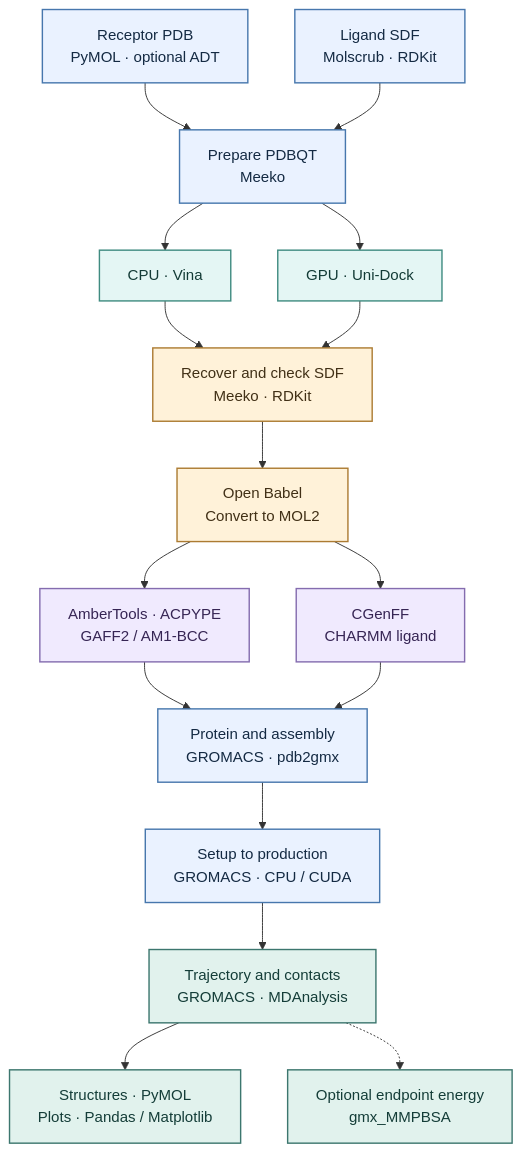
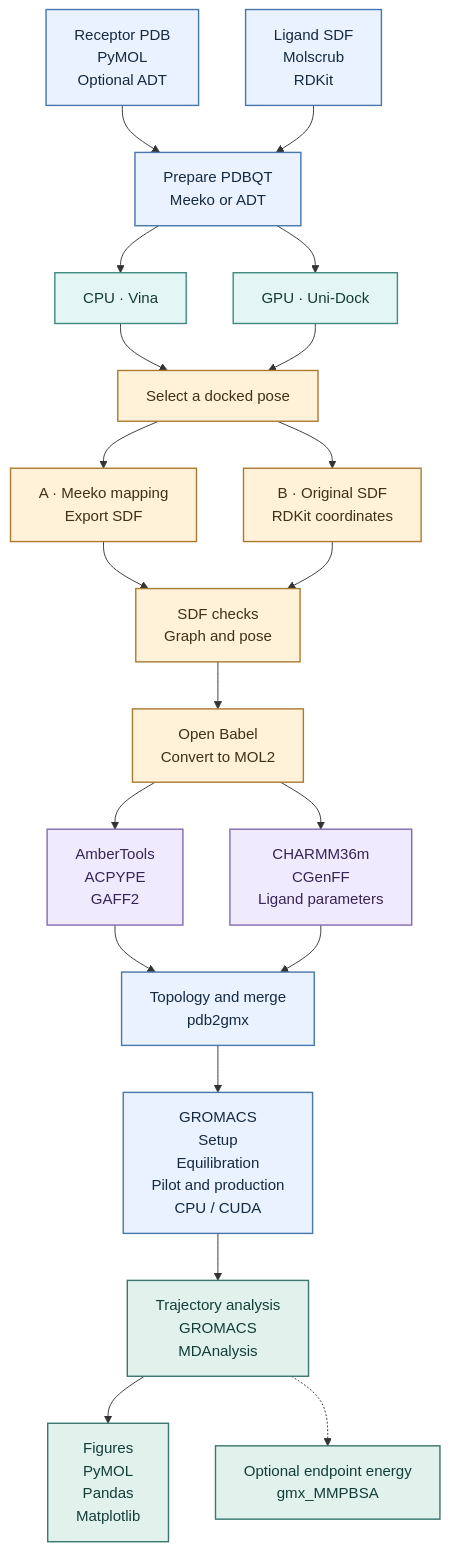
One commit to LuciferBioLab/docking-gromacs-tutorial changed the second of 6 diagrams in README.md. Above: the diagram before and after it, drawn with Mermaid. The commit also changed other lines of this file, not shown here.

Commit message:
Restore both chemistry-preserving docking-to-MD routes

````diff
--- a/README.md
+++ b/README.md
@@ -83,50 +98,66 @@
 ```mermaid
 flowchart TD
     protein["`Receptor PDB
-PyMOL · optional ADT`"]
+PyMOL
+Optional ADT`"]
     ligand["`Ligand SDF
-Molscrub · RDKit`"]
+Molscrub
+RDKit`"]
     prep["`Prepare PDBQT
-Meeko`"]
+Meeko or ADT`"]
     cpu["CPU · Vina"]
     cuda["GPU · Uni‑Dock"]
-    restore["`Recover and check SDF
-Meeko · RDKit`"]
+    restore["Select a docked pose"]
+    mapped["`A · Meeko mapping
+Export SDF`"]
+    legacy["`B · Original SDF
+RDKit coordinates`"]
+    verified["`SDF checks
+Graph and pose`"]
     mol2["`Open Babel
 Convert to MOL2`"]
-    amber["`AmberTools · ACPYPE
-GAFF2 / AM1-BCC`"]
-    charmm["`CGenFF
-CHARMM ligand`"]
-    assemble["`Protein and assembly
-GROMACS · pdb2gmx`"]
-    simulate["`Setup to production
-GROMACS · CPU / CUDA`"]
-    trajectory["`Trajectory and contacts
-GROMACS · MDAnalysis`"]
+    amber["`AmberTools
+ACPYPE
+GAFF2`"]
+    charmm["`CHARMM36m
+CGenFF
+Ligand parameters`"]
+    assemble["`Topology and merge
+pdb2gmx`"]
+    simulate["`GROMACS
+Setup
+Equilibration
+Pilot and production
+CPU / CUDA`"]
+    trajectory["`Trajectory analysis
+GROMACS
+MDAnalysis`"]
     energy["`Optional endpoint energy
 gmx_MMPBSA`"]
-    figures["`Structures · PyMOL
-Plots · Pandas / Matplotlib`"]
+    figures["`Figures
+PyMOL
+Pandas
+Matplotlib`"]
     protein & ligand --> prep
     prep --> cpu & cuda
     cpu & cuda --> restore
-    restore --> mol2
+    restore --> mapped & legacy
+    mapped & legacy --> verified --> mol2
     mol2 --> amber & charmm
     amber & charmm --> assemble
     assemble --> simulate
     simulate --> trajectory
     trajectory --> figures
     trajectory -.-> energy
 
     classDef structure fill:#eaf2ff,stroke:#4777ad,color:#142a43,stroke-width:1.5px
     classDef docking fill:#e4f6f4,stroke:#3f8b80,color:#133b36,stroke-width:1.5px
     classDef checked fill:#fff2d9,stroke:#ac7b32,color:#413016,stroke-width:1.5px
     classDef forcefield fill:#f0eafe,stroke:#846caf,color:#362554,stroke-width:1.5px
     classDef output fill:#e1f2ed,stroke:#3c766e,color:#143d38,stroke-width:1.5px
     class protein,ligand,prep,assemble,simulate structure
     class cpu,cuda docking
-    class restore,mol2 checked
+    class restore,mapped,legacy,verified,mol2 checked
     class amber,charmm forcefield
     class trajectory,figures,energy output
 ```
````
